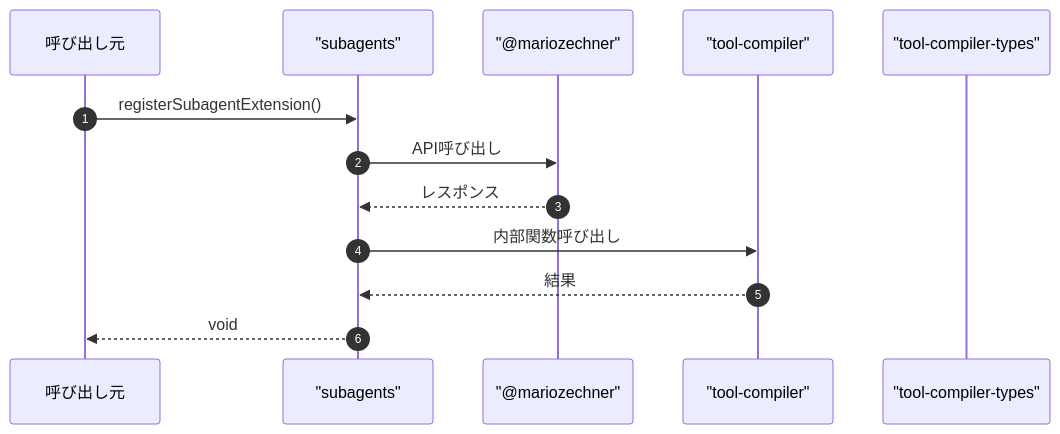
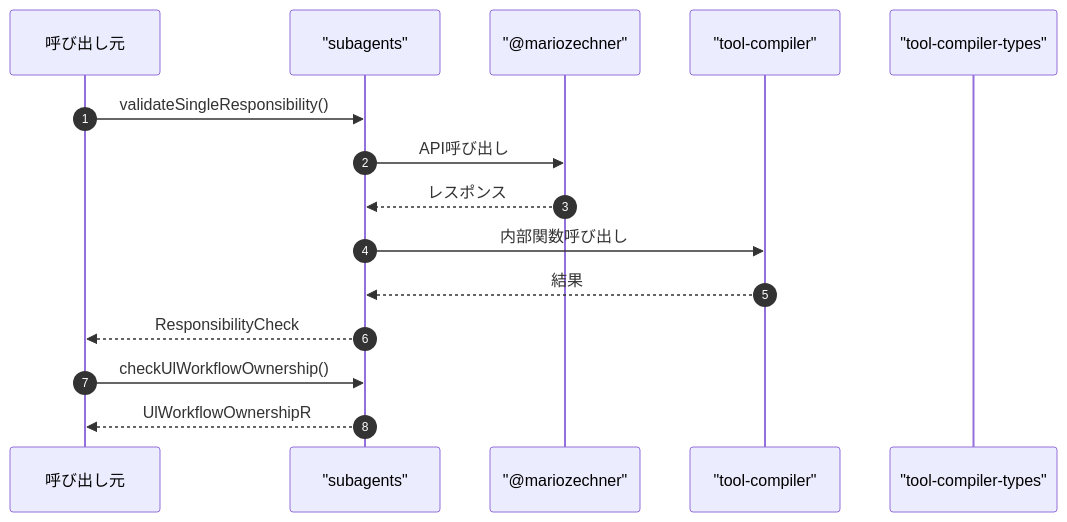
Before and after one commit to Mekann2904/mekann: diagram 12 of 12 in ABDD/.pi/extensions/subagents.md, drawn with Mermaid. The commit also changed other lines of this file and 189 other files, not shown here.

````diff
--- a/ABDD/.pi/extensions/subagents.md
+++ b/ABDD/.pi/extensions/subagents.md
@@ -944,16 +1116,19 @@
 ```mermaid
 sequenceDiagram
   autonumber
   participant Caller as 呼び出し元
   participant subagents as "subagents"
   participant mariozechner as "@mariozechner"
   participant tool_compiler as "tool-compiler"
   participant tool_compiler_types as "tool-compiler-types"
 
-  Caller->>subagents: registerSubagentExtension()
+  Caller->>subagents: validateSingleResponsibility()
   subagents->>mariozechner: API呼び出し
   mariozechner-->>subagents: レスポンス
   subagents->>tool_compiler: 内部関数呼び出し
   tool_compiler-->>subagents: 結果
-  subagents-->>Caller: void
+  subagents-->>Caller: ResponsibilityCheck
+
+  Caller->>subagents: checkUlWorkflowOwnership()
+  subagents-->>Caller: UlWorkflowOwnershipR
 ```
````
